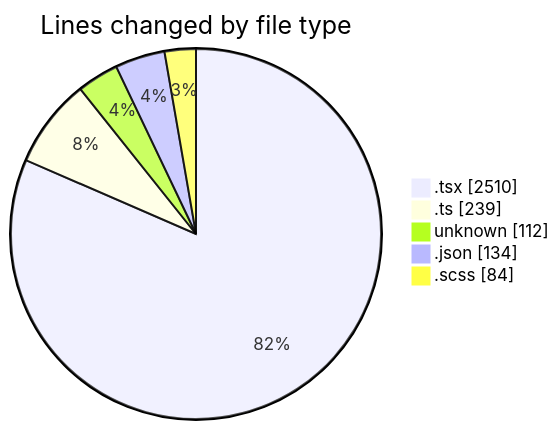
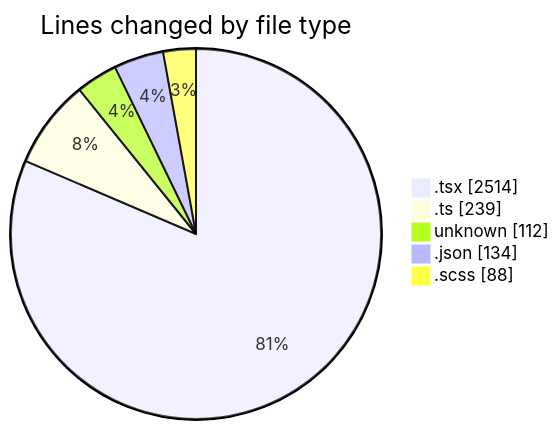
The first of 2 diagrams in 2026-04-28/cda/README.md (momahboobian/code-tracking), drawn with Mermaid before and after one commit. The commit also changed other lines of this file and 1 other file, not shown here.

````diff
--- a/2026-04-28/cda/README.md
+++ b/2026-04-28/cda/README.md
@@ -46,9 +46,9 @@
 ```mermaid
 pie showData
 title Lines changed by file type
-".tsx" : 2510
+".tsx" : 2514
 ".ts" : 239
 "unknown" : 112
 ".json" : 134
-".scss" : 84
+".scss" : 88
 ```
````
